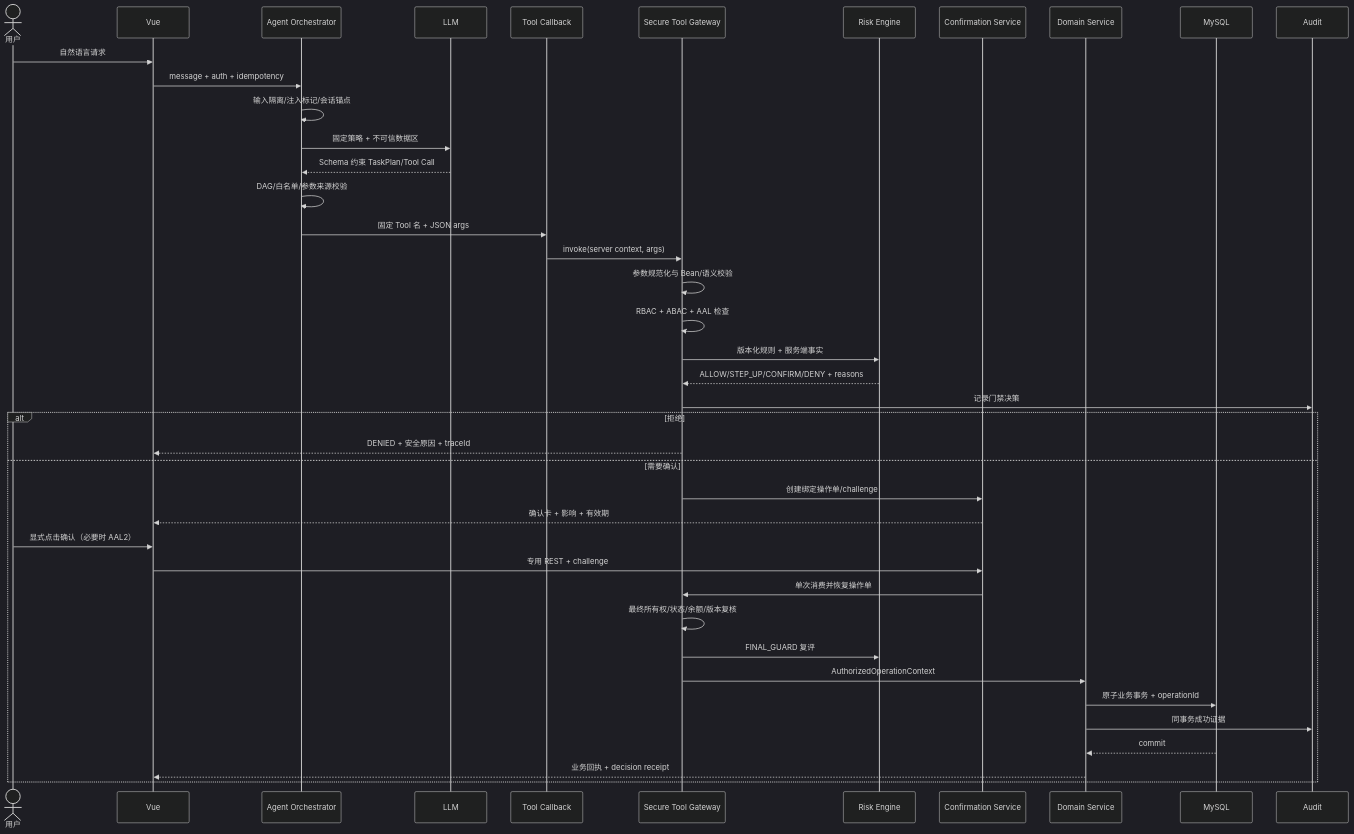
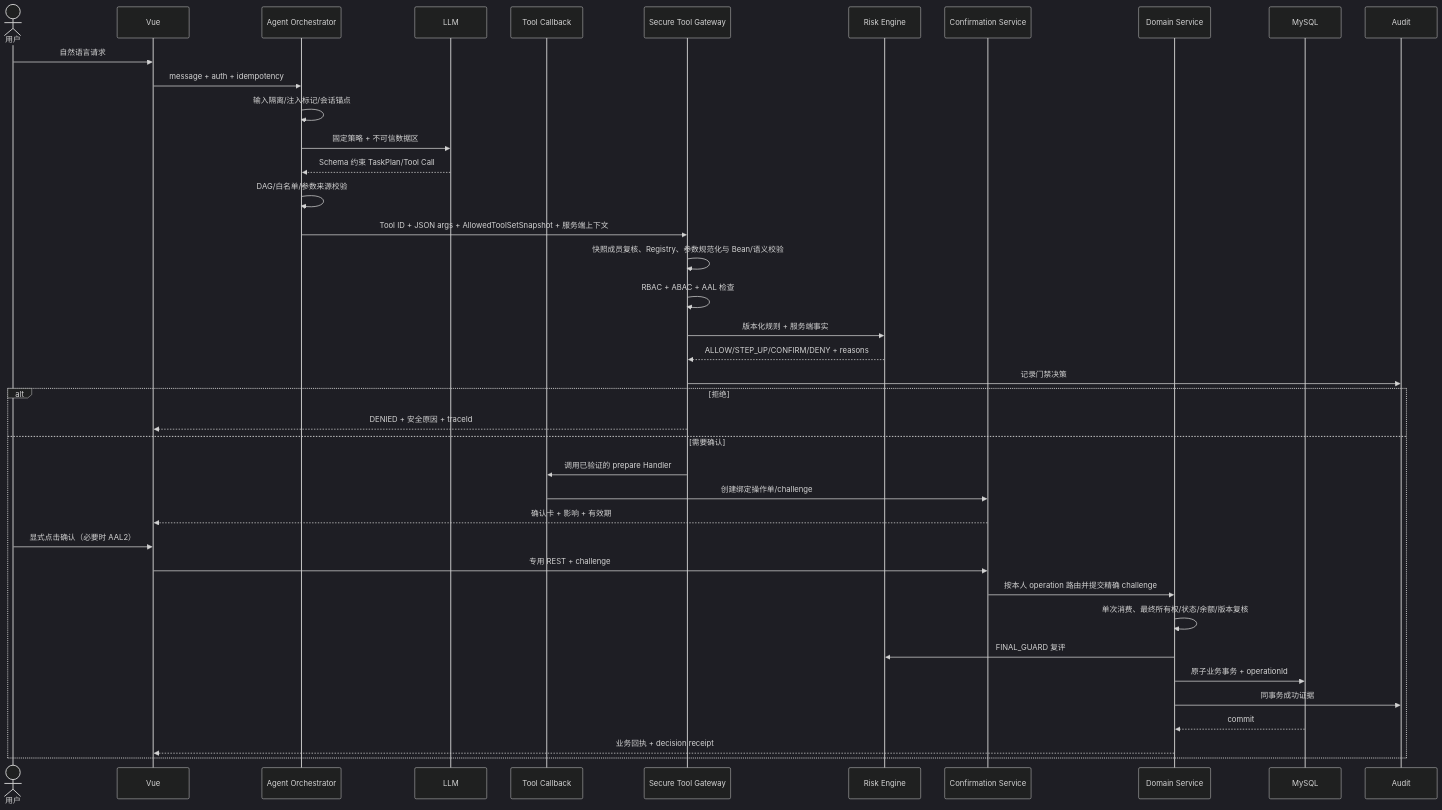
The diagram in docs/security-execution-model.md (zhanglonglong01/silver-shield-banking-agent), drawn with Mermaid (dark theme) before and after one commit. The commit also changed 61 other files, not shown here.

````diff
--- a/docs/security-execution-model.md
+++ b/docs/security-execution-model.md
@@ -38,44 +38,43 @@
 ```mermaid
 sequenceDiagram
     actor User as 用户
     participant UI as Vue
     participant Agent as Agent Orchestrator
     participant Model as LLM
     participant Tool as Tool Callback
     participant Gate as Secure Tool Gateway
     participant Risk as Risk Engine
     participant Confirm as Confirmation Service
     participant Svc as Domain Service
     participant DB as MySQL
     participant Audit as Audit
 
     User->>UI: 自然语言请求
     UI->>Agent: message + auth + idempotency
     Agent->>Agent: 输入隔离/注入标记/会话锚点
     Agent->>Model: 固定策略 + 不可信数据区
     Model-->>Agent: Schema 约束 TaskPlan/Tool Call
     Agent->>Agent: DAG/白名单/参数来源校验
-    Agent->>Tool: 固定 Tool 名 + JSON args
-    Tool->>Gate: invoke(server context, args)
-    Gate->>Gate: 参数规范化与 Bean/语义校验
+    Agent->>Gate: Tool ID + JSON args + AllowedToolSetSnapshot + 服务端上下文
+    Gate->>Gate: 快照成员复核、Registry、参数规范化与 Bean/语义校验
     Gate->>Gate: RBAC + ABAC + AAL 检查
     Gate->>Risk: 版本化规则 + 服务端事实
     Risk-->>Gate: ALLOW/STEP_UP/CONFIRM/DENY + reasons
     Gate->>Audit: 记录门禁决策
     alt 拒绝
         Gate-->>UI: DENIED + 安全原因 + traceId
     else 需要确认
-        Gate->>Confirm: 创建绑定操作单/challenge
+        Gate->>Tool: 调用已验证的 prepare Handler
+        Tool->>Confirm: 创建绑定操作单/challenge
         Confirm-->>UI: 确认卡 + 影响 + 有效期
         User->>UI: 显式点击确认（必要时 AAL2）
         UI->>Confirm: 专用 REST + challenge
-        Confirm->>Gate: 单次消费并恢复操作单
-        Gate->>Gate: 最终所有权/状态/余额/版本复核
-        Gate->>Risk: FINAL_GUARD 复评
-        Gate->>Svc: AuthorizedOperationContext
+        Confirm->>Svc: 按本人 operation 路由并提交精确 challenge
+        Svc->>Svc: 单次消费、最终所有权/状态/余额/版本复核
+        Svc->>Risk: FINAL_GUARD 复评
         Svc->>DB: 原子业务事务 + operationId
         Svc->>Audit: 同事务成功证据
         DB-->>Svc: commit
         Svc-->>UI: 业务回执 + decision receipt
     end
 ```
````
